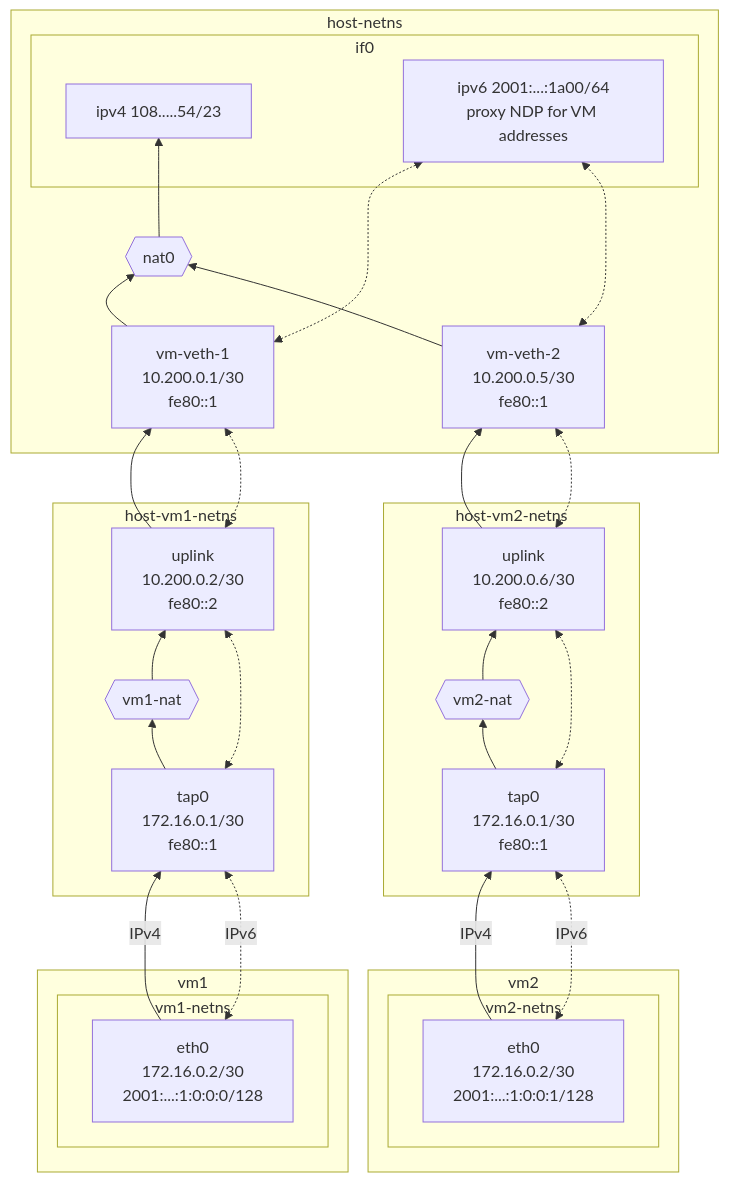
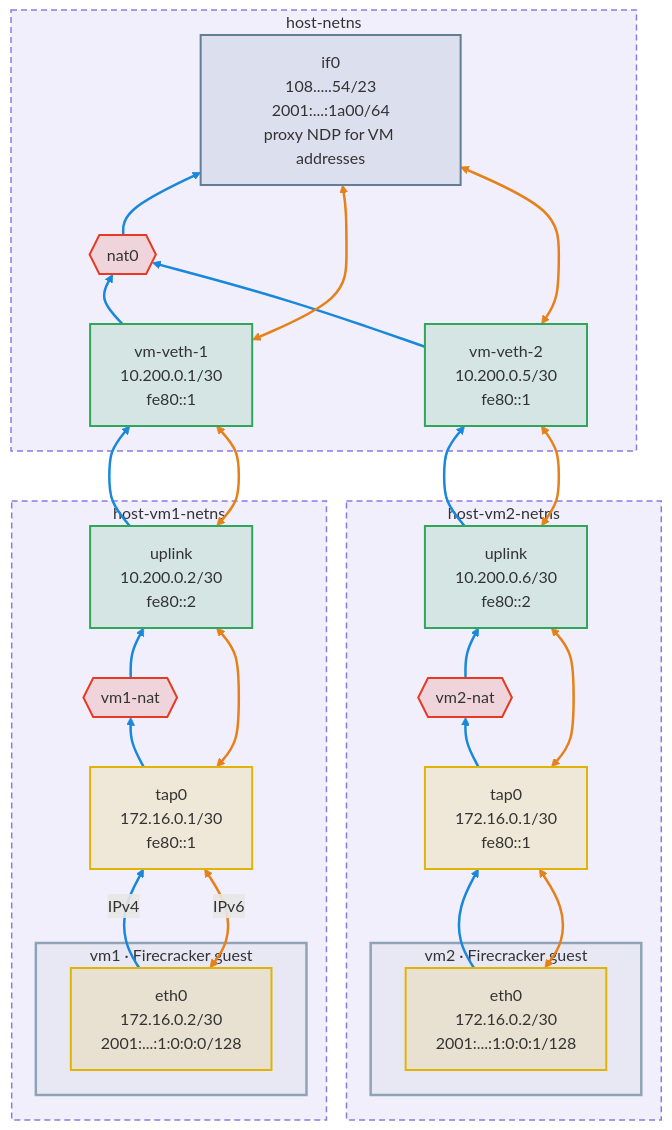
Before and after one commit to harmont-dev/hyper: the first of 3 diagrams in docs/cookbook/networking.md, drawn with Mermaid. The commit also changed other lines of this file and 6 other files, not shown here.

````diff
--- a/docs/cookbook/networking.md
+++ b/docs/cookbook/networking.md
@@ -14,45 +14,54 @@
 ```mermaid
 flowchart BT
     subgraph host-netns
-        subgraph if0
-            ipv4["ipv4 108.....54/23"]
-            ipv6["ipv6 2001:...:1a00/64<br>proxy NDP for VM addresses"]
-        end
+        if0["if0<br>108.....54/23<br>2001:...:1a00/64<br>proxy NDP for VM addresses"]
 
         nat0{{"nat0"}}
 
         veth1["vm-veth-1<br>10.200.0.1/30<br>fe80::1"]
         veth2["vm-veth-2<br>10.200.0.5/30<br>fe80::1"]
     end
 
     subgraph host-vm1-netns
         uplink1["uplink<br>10.200.0.2/30<br>fe80::2"]
         nat1{{"vm1-nat"}}
         tap1["tap0<br>172.16.0.1/30<br>fe80::1"]
+
+        subgraph vm1["vm1 · Firecracker guest"]
+            eth1["eth0<br>172.16.0.2/30<br>2001:...:1:0:0:0/128"]
+        end
     end
 
     subgraph host-vm2-netns
         uplink2["uplink<br>10.200.0.6/30<br>fe80::2"]
         nat2{{"vm2-nat"}}
         tap2["tap0<br>172.16.0.1/30<br>fe80::1"]
-    end
 
-    subgraph vm1
-        subgraph vm1-netns
-            eth1["eth0<br>172.16.0.2/30<br>2001:...:1:0:0:0/128"]
-        end
-    end
-
-    subgraph vm2
-        subgraph vm2-netns
+        subgraph vm2["vm2 · Firecracker guest"]
             eth2["eth0<br>172.16.0.2/30<br>2001:...:1:0:0:1/128"]
         end
     end
 
     eth1 -->|IPv4| tap1 --> nat1 --> uplink1 --> veth1 --> nat0
-    eth2 -->|IPv4| tap2 --> nat2 --> uplink2 --> veth2 --> nat0
-    nat0 --> ipv4
+    eth2 --> tap2 --> nat2 --> uplink2 --> veth2 --> nat0
+    nat0 --> if0
 
-    eth1 <-.->|IPv6| tap1 <-.-> uplink1 <-.-> veth1 <-.-> ipv6
-    eth2 <-.->|IPv6| tap2 <-.-> uplink2 <-.-> veth2 <-.-> ipv6
+    eth1 <-->|IPv6| tap1 <--> uplink1 <--> veth1 <--> if0
+    eth2 <--> tap2 <--> uplink2 <--> veth2 <--> if0
+
+    linkStyle 0,1,2,3,4,5,6,7,8,9,10 stroke:#1887dc,stroke-width:2.5px
+    linkStyle 11,12,13,14,15,16,17,18 stroke:#e68019,stroke-width:2.5px
+
+    classDef netns fill:#8c7ae61f,stroke:#8c7ae6,stroke-width:1.5px,stroke-dasharray:6 4
+    classDef guest fill:#90a3b61a,stroke:#90a3b6,stroke-width:2.5px
+    classDef nic fill:#637d9726,stroke:#637d97,stroke-width:2px
+    classDef veth fill:#30a65b26,stroke:#30a65b,stroke-width:2px
+    classDef tap fill:#e0b40626,stroke:#e0b406,stroke-width:2px
+    classDef nat fill:#e73a2326,stroke:#e73a23,stroke-width:2px
+    class host-netns,host-vm1-netns,host-vm2-netns netns
+    class vm1,vm2 guest
+    class if0 nic
+    class veth1,veth2,uplink1,uplink2 veth
+    class tap1,tap2,eth1,eth2 tap
+    class nat0,nat1,nat2 nat
 ```
````
